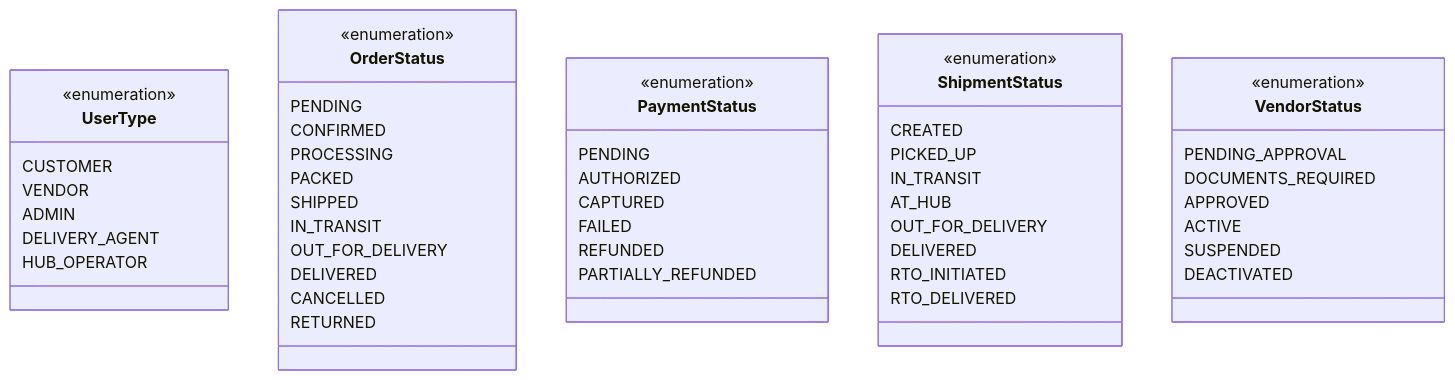
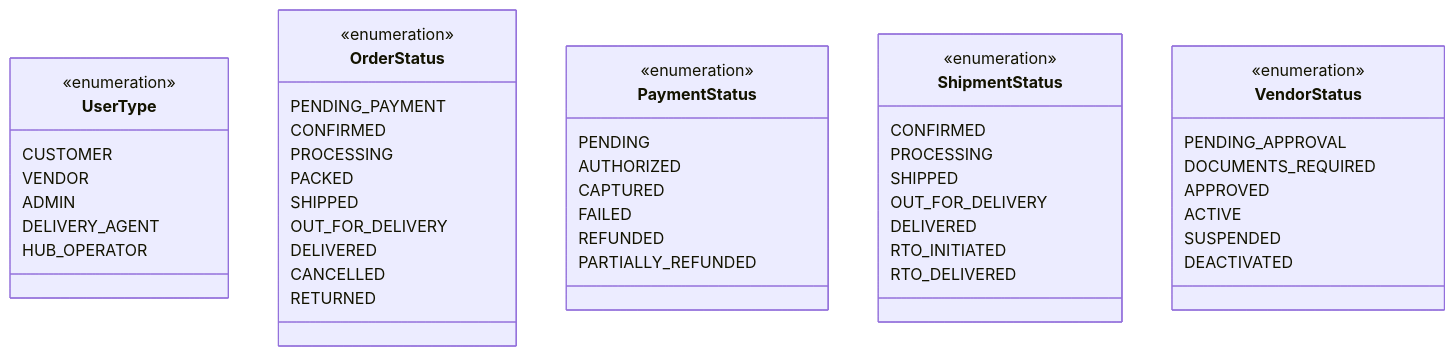
The eighth of 8 diagrams in docs/system-design/high-level-design/domain-model.md (0Ankit0/e-commerce), drawn with Mermaid before and after one commit. The commit also changed other lines of this file and 24 other files, not shown here.

````diff
--- a/docs/system-design/high-level-design/domain-model.md
+++ b/docs/system-design/high-level-design/domain-model.md
@@ -499,57 +569,55 @@
 ```mermaid
 classDiagram
     class UserType {
         <<enumeration>>
         CUSTOMER
         VENDOR
         ADMIN
         DELIVERY_AGENT
         HUB_OPERATOR
     }
 
     class OrderStatus {
         <<enumeration>>
-        PENDING
+        PENDING_PAYMENT
         CONFIRMED
         PROCESSING
         PACKED
         SHIPPED
-        IN_TRANSIT
         OUT_FOR_DELIVERY
         DELIVERED
         CANCELLED
         RETURNED
     }
 
     class PaymentStatus {
         <<enumeration>>
         PENDING
         AUTHORIZED
         CAPTURED
         FAILED
         REFUNDED
         PARTIALLY_REFUNDED
     }
 
     class ShipmentStatus {
         <<enumeration>>
-        CREATED
-        PICKED_UP
-        IN_TRANSIT
-        AT_HUB
+        CONFIRMED
+        PROCESSING
+        SHIPPED
         OUT_FOR_DELIVERY
         DELIVERED
         RTO_INITIATED
         RTO_DELIVERED
     }
 
     class VendorStatus {
         <<enumeration>>
         PENDING_APPROVAL
         DOCUMENTS_REQUIRED
         APPROVED
         ACTIVE
         SUSPENDED
         DEACTIVATED
     }
 ```
````
